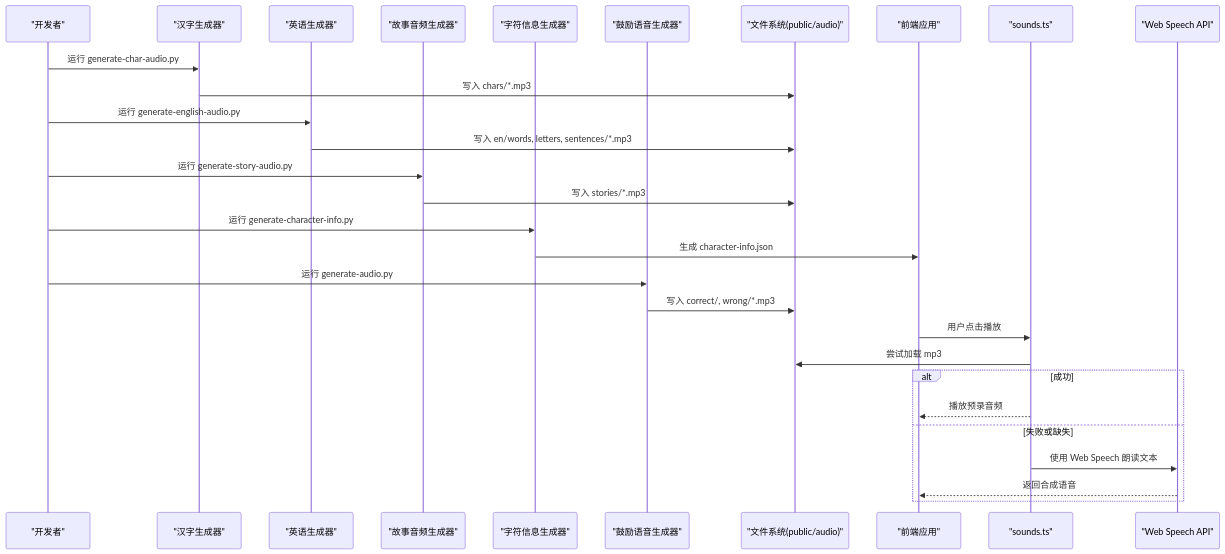
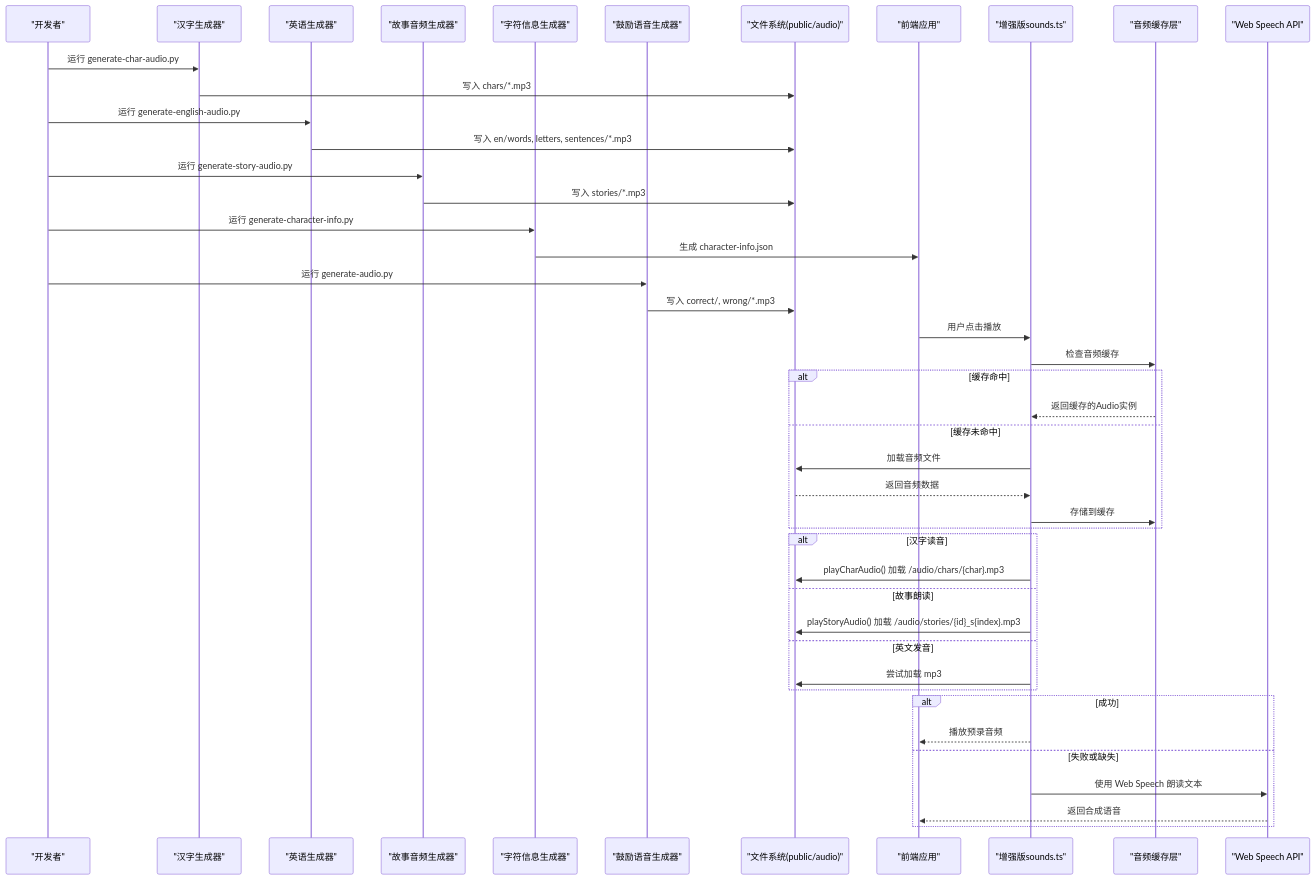
The second of 10 diagrams in .qoder/repowiki/zh/content/构建与部署/音频生成指南.md (wudeng2005/rainbow-learning), drawn with Mermaid before and after one commit. The commit also changed other lines of this file and 157 other files, not shown here.

````diff
--- a/.qoder/repowiki/zh/content/构建与部署/音频生成指南.md
+++ b/.qoder/repowiki/zh/content/构建与部署/音频生成指南.md
@@ -150,31 +156,46 @@
 ```mermaid
 sequenceDiagram
 participant Dev as "开发者"
 participant GenChar as "汉字生成器"
 participant GenEn as "英语生成器"
 participant GenStory as "故事音频生成器"
 participant GenCharInfo as "字符信息生成器"
 participant GenEnc as "鼓励语音生成器"
 participant FS as "文件系统(public/audio)"
 participant App as "前端应用"
-participant Player as "sounds.ts"
+participant Player as "增强版sounds.ts"
+participant Cache as "音频缓存层"
 participant Browser as "Web Speech API"
 Dev->>GenChar : 运行 generate-char-audio.py
 GenChar->>FS : 写入 chars/*.mp3
 Dev->>GenEn : 运行 generate-english-audio.py
 GenEn->>FS : 写入 en/words, letters, sentences/*.mp3
 Dev->>GenStory : 运行 generate-story-audio.py
 GenStory->>FS : 写入 stories/*.mp3
 Dev->>GenCharInfo : 运行 generate-character-info.py
 GenCharInfo->>App : 生成 character-info.json
 Dev->>GenEnc : 运行 generate-audio.py
 GenEnc->>FS : 写入 correct/, wrong/*.mp3
 App->>Player : 用户点击播放
+Player->>Cache : 检查音频缓存
+alt 缓存命中
+Cache-->>Player : 返回缓存的Audio实例
+else 缓存未命中
+Player->>FS : 加载音频文件
+FS-->>Player : 返回音频数据
+Player->>Cache : 存储到缓存
+end
+alt 汉字读音
+Player->>FS : playCharAudio() 加载 /audio/chars/{char}.mp3
+else 故事朗读
+Player->>FS : playStoryAudio() 加载 /audio/stories/{id}_s{index}.mp3
+else 英文发音
 Player->>FS : 尝试加载 mp3
+end
 alt 成功
 Player-->>App : 播放预录音频
 else 失败或缺失
 Player->>Browser : 使用 Web Speech 朗读文本
 Browser-->>App : 返回合成语音
 end
 ```
````
